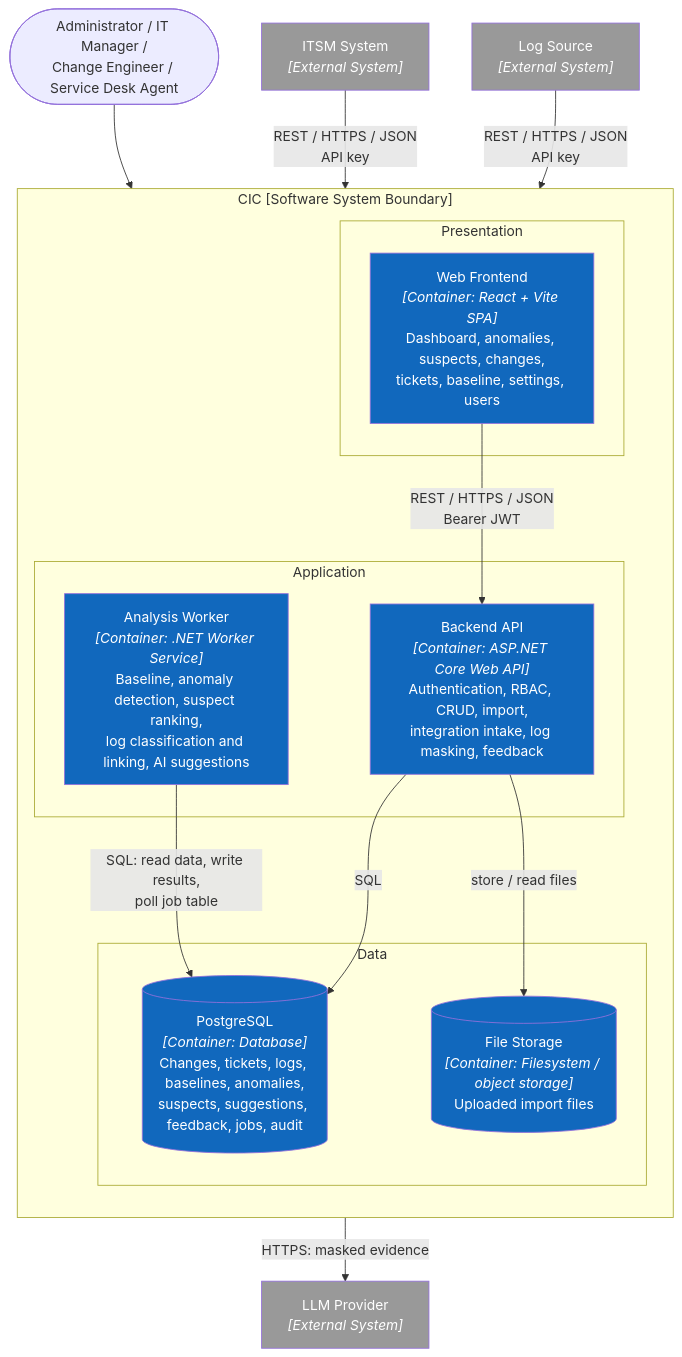
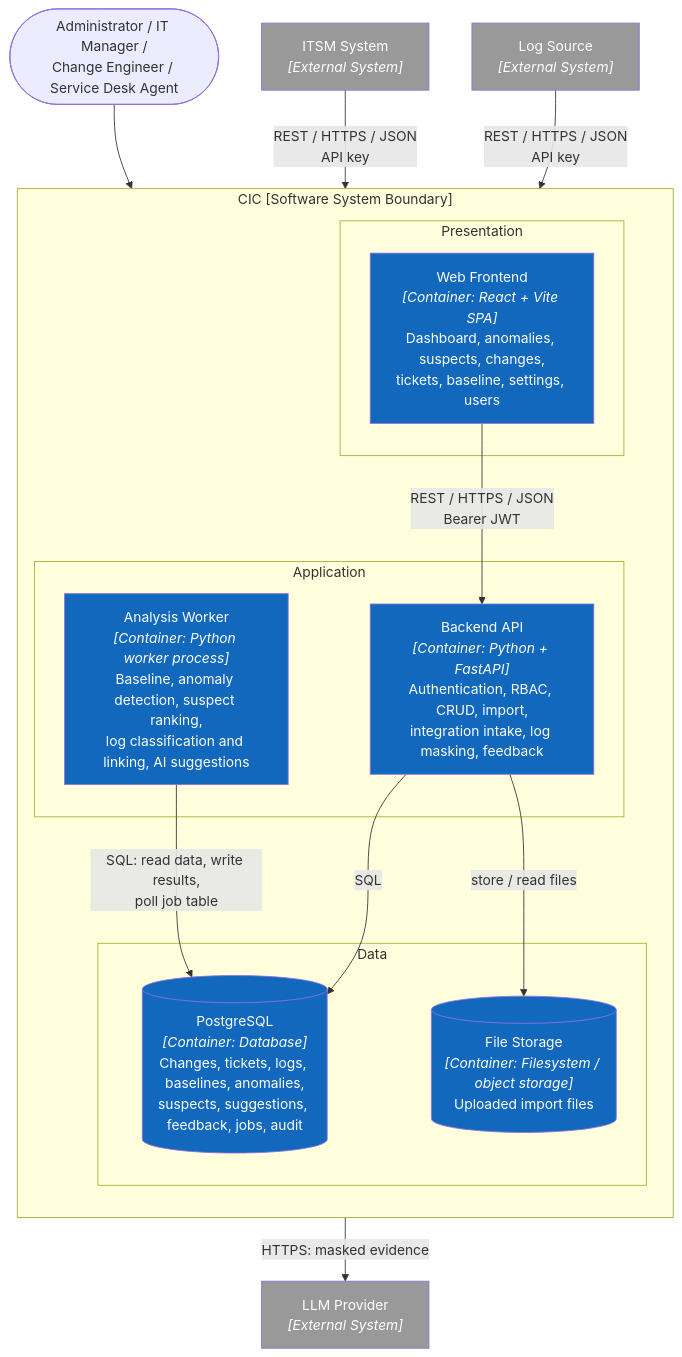
The fifth of 7 diagrams in README.md (DuykoNgu/practise), drawn with Mermaid before and after one commit. The commit also changed other lines of this file and 2 other files, not shown here.

Commit message:
Switch backend technology to Python and FastAPI in C4 views
Claude-Session: https://claude.ai/code/session_01FU39sRBsftdW6yNbBkGqkg

````diff
--- a/README.md
+++ b/README.md
@@ -267,40 +267,40 @@
 ```mermaid
 flowchart TB
     people(["Administrator / IT Manager /<br/>Change Engineer / Service Desk Agent"])
     itsm["ITSM System<br/><i>[External System]</i>"]
     logsrc["Log Source<br/><i>[External System]</i>"]
     llm["LLM Provider<br/><i>[External System]</i>"]
 
     subgraph platform["CIC [Software System Boundary]"]
         direction TB
         subgraph presentation["Presentation"]
             web["Web Frontend<br/><i>[Container: React + Vite SPA]</i><br/>Dashboard, anomalies, suspects, changes,<br/>tickets, baseline, settings, users"]
         end
         subgraph application["Application"]
-            api["Backend API<br/><i>[Container: ASP.NET Core Web API]</i><br/>Authentication, RBAC, CRUD, import,<br/>integration intake, log masking, feedback"]
-            worker["Analysis Worker<br/><i>[Container: .NET Worker Service]</i><br/>Baseline, anomaly detection, suspect ranking,<br/>log classification and linking, AI suggestions"]
+            api["Backend API<br/><i>[Container: Python + FastAPI]</i><br/>Authentication, RBAC, CRUD, import,<br/>integration intake, log masking, feedback"]
+            worker["Analysis Worker<br/><i>[Container: Python worker process]</i><br/>Baseline, anomaly detection, suspect ranking,<br/>log classification and linking, AI suggestions"]
         end
         subgraph data["Data"]
             db[("PostgreSQL<br/><i>[Container: Database]</i><br/>Changes, tickets, logs, baselines, anomalies,<br/>suspects, suggestions, feedback, jobs, audit")]
             files[("File Storage<br/><i>[Container: Filesystem / object storage]</i><br/>Uploaded import files")]
         end
     end
 
     people --> web
     web -- "REST / HTTPS / JSON<br/>Bearer JWT" --> api
     itsm -- "REST / HTTPS / JSON<br/>API key" --> api
     logsrc -- "REST / HTTPS / JSON<br/>API key" --> api
     api -- "SQL" --> db
     api -- "store / read files" --> files
     worker -- "SQL: read data, write results,<br/>poll job table" --> db
     worker -- "HTTPS: masked evidence" --> llm
 
     style web fill:#1168bd,color:#fff
     style api fill:#1168bd,color:#fff
     style worker fill:#1168bd,color:#fff
     style db fill:#1168bd,color:#fff
     style files fill:#1168bd,color:#fff
     style itsm fill:#999,color:#fff
     style logsrc fill:#999,color:#fff
     style llm fill:#999,color:#fff
 ```
````
